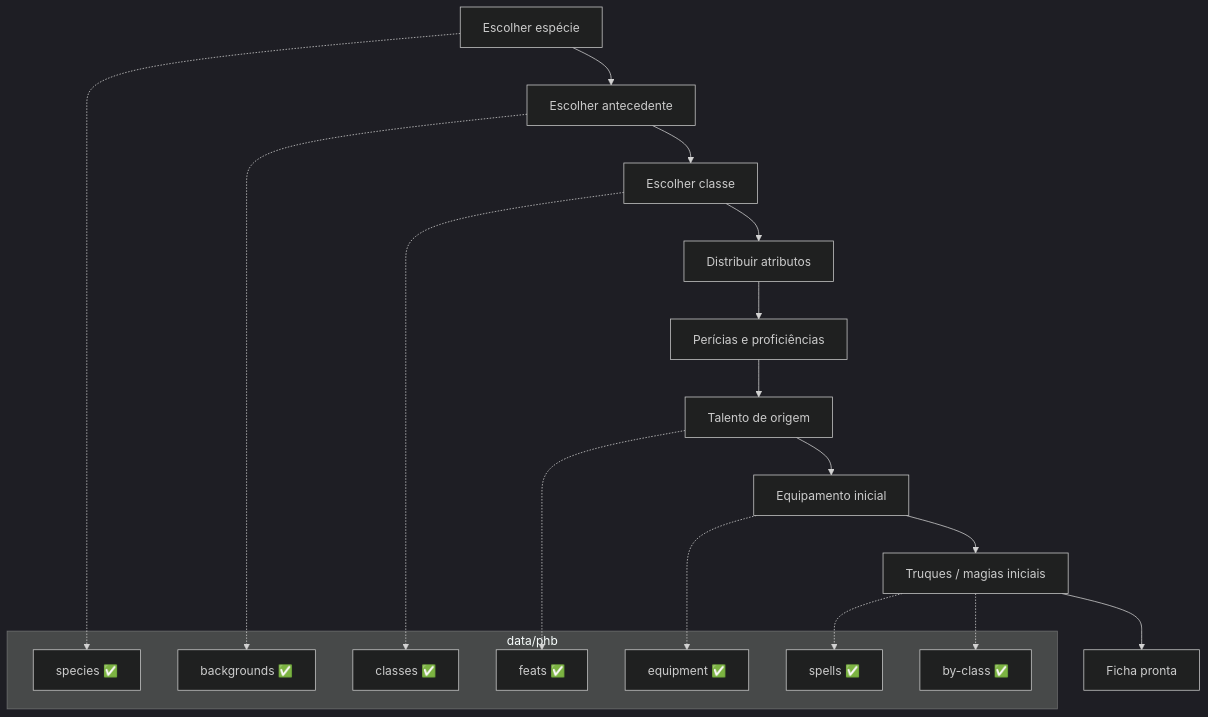
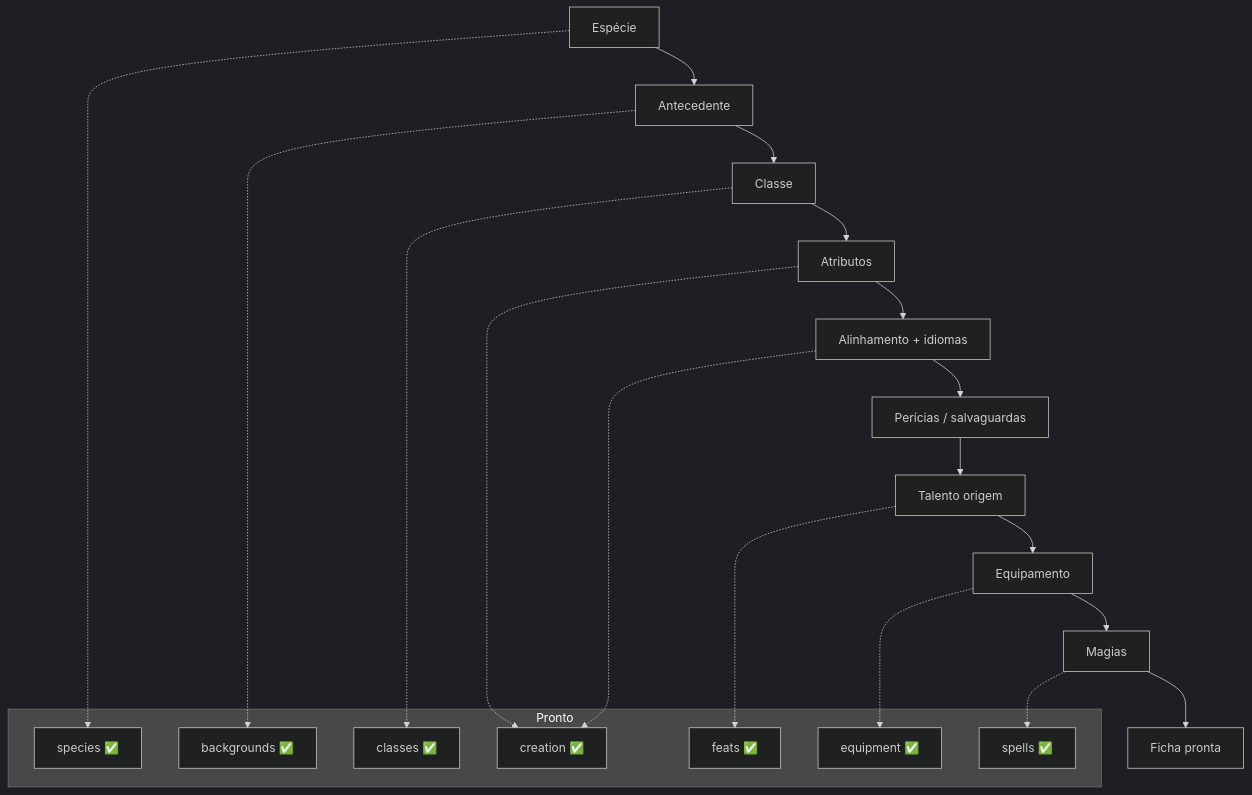
The diagram in FICHAS.md (Lucas-PB1/dnd-back), drawn with Mermaid (dark theme) before and after one commit. The commit also changed other lines of this file and 13 other files, not shown here.

First line of the commit message:
Refactor character creation data and enhance validation processes

````diff
--- a/FICHAS.md
+++ b/FICHAS.md
@@ -191,29 +143,31 @@
 ```mermaid
 flowchart TD
-  A[Escolher espécie] --> B[Escolher antecedente]
-  B --> C[Escolher classe]
-  C --> D[Distribuir atributos]
-  D --> E[Perícias e proficiências]
-  E --> F[Talento de origem]
-  F --> G[Equipamento inicial]
-  G --> H[Truques / magias iniciais]
-  H --> I[Ficha pronta]
+  A[Espécie] --> B[Antecedente]
+  B --> C[Classe]
+  C --> D[Atributos]
+  D --> E[Alinhamento + idiomas]
+  E --> F[Perícias / salvaguardas]
+  F --> G[Talento origem]
+  G --> H[Equipamento]
+  H --> I[Magias]
+  I --> J[Ficha pronta]
 
-  subgraph dados_phb [data/phb]
+  subgraph ok [Pronto]
     S1[species ✅]
     S2[backgrounds ✅]
     S3[classes ✅]
-    S4[feats ✅]
-    S5[equipment ✅]
-    S6[spells ✅]
-    S6b[by-class ✅]
+    S4[creation ✅]
+    S5[feats ✅]
+    S6[equipment ✅]
+    S7[spells ✅]
   end
 
   A -.-> S1
   B -.-> S2
   C -.-> S3
-  F -.-> S4
+  D -.-> S4
+  E -.-> S4
   G -.-> S5
   H -.-> S6
-  H -.-> S6b
+  I -.-> S7
 ```
````
